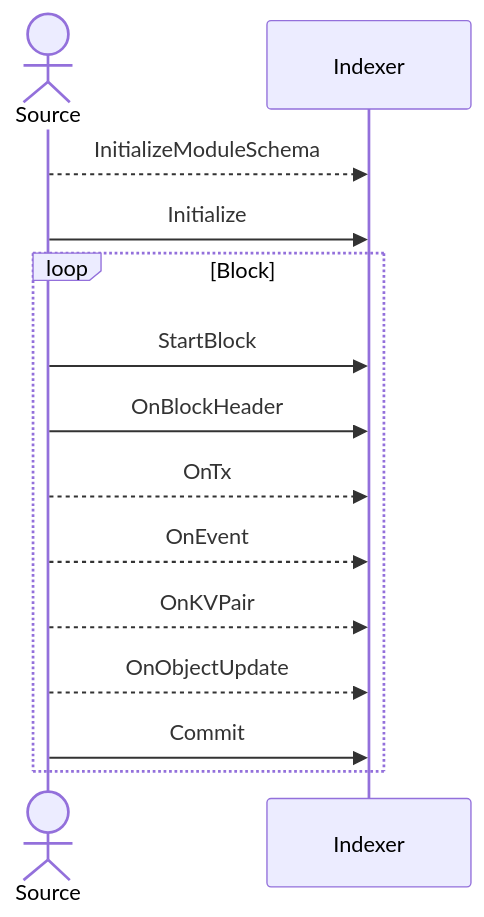
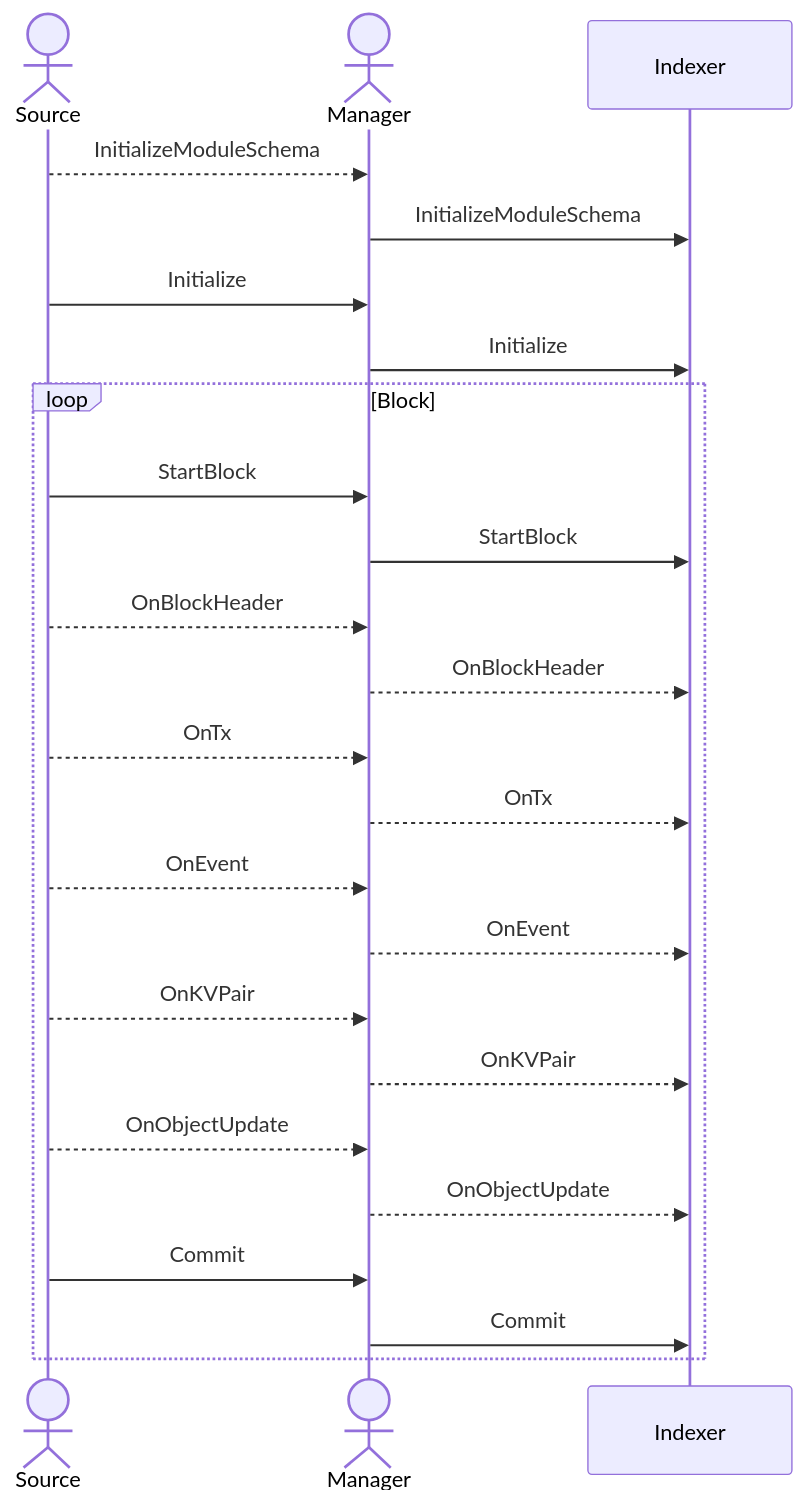
One commit to cosmos/cosmos-sdk changed the diagram in indexer/base/README.md. Above: the diagram before and after it, drawn with Mermaid.

````diff
--- a/indexer/base/README.md
+++ b/indexer/base/README.md
@@ -11,16 +11,26 @@
 ```mermaid
 sequenceDiagram
     actor Source
+    actor Manager
     participant Indexer
-    Source -->> Indexer: InitializeModuleSchema
-    Source ->> Indexer: Initialize
+    Source -->> Manager: InitializeModuleSchema
+    Manager ->> Indexer: InitializeModuleSchema
+    Source ->> Manager: Initialize
+    Manager ->> Indexer: Initialize
     loop Block
-        Source ->> Indexer: StartBlock
-        Source ->> Indexer: OnBlockHeader
-        Source -->> Indexer: OnTx
-        Source -->> Indexer: OnEvent
-        Source -->> Indexer: OnKVPair
-        Source -->> Indexer: OnObjectUpdate
-        Source ->> Indexer: Commit
+        Source ->> Manager: StartBlock
+        Manager ->> Indexer: StartBlock
+        Source -->> Manager: OnBlockHeader
+        Manager -->> Indexer: OnBlockHeader
+        Source -->> Manager: OnTx
+        Manager -->> Indexer: OnTx
+        Source -->> Manager: OnEvent
+        Manager -->> Indexer: OnEvent
+        Source -->> Manager: OnKVPair
+        Manager -->> Indexer: OnKVPair
+        Source -->> Manager: OnObjectUpdate
+        Manager -->> Indexer: OnObjectUpdate
+        Source ->> Manager: Commit
+        Manager ->> Indexer: Commit
     end
 ```
````
